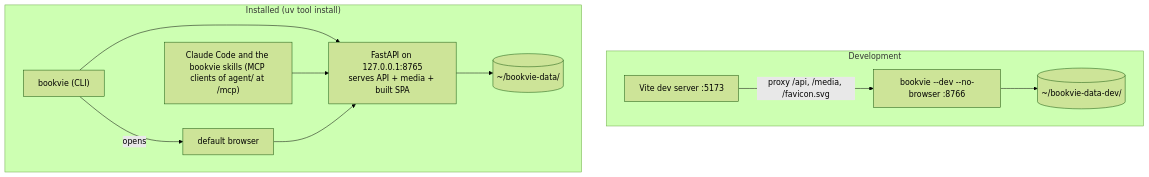
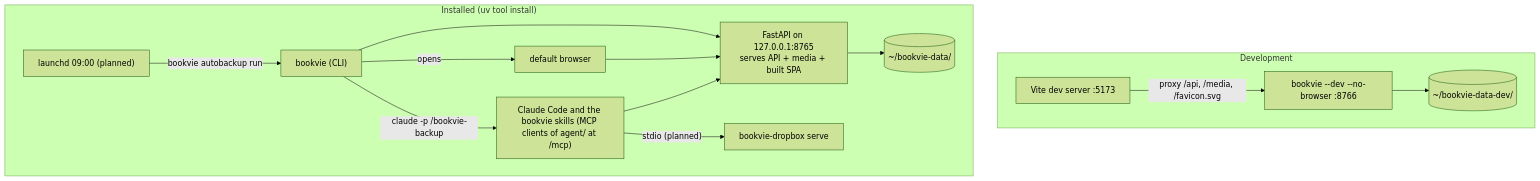
One commit to olegood/bookvie changed the second of 3 diagrams in _bmad-output/planning-artifacts/architecture/architecture-bookvie-2026-10-29/ARCHITECTURE-SPINE.md. Above: the diagram before and after it, drawn with Mermaid (forest theme). The commit also changed other lines of this file and 8 other files, not shown here.

First line of the commit message:
docs: add AD-22 Dropbox backup and agent restore to the spine

````diff
--- a/_bmad-output/planning-artifacts/architecture/architecture-bookvie-2026-10-29/ARCHITECTURE-SPINE.md
+++ b/_bmad-output/planning-artifacts/architecture/architecture-bookvie-2026-10-29/ARCHITECTURE-SPINE.md
@@ -380,14 +470,17 @@
 ```mermaid
 flowchart TB
   subgraph dev["Development"]
     V[Vite dev server :5173] -- "proxy /api, /media, /favicon.svg" --> U["bookvie --dev --no-browser :8766"]
     U --> DD[("~/bookvie-data-dev/")]
   end
   subgraph prod["Installed (uv tool install)"]
     C["bookvie (CLI)"] --> S["FastAPI on 127.0.0.1:8765<br/>serves API + media + built SPA"]
     C -- opens --> B[default browser]
     CC["Claude Code and the bookvie skills (MCP clients of agent/ at /mcp)"] --> S
+    CC -- "stdio (planned)" --> DX["bookvie-dropbox serve"]
+    L["launchd 09:00 (planned)"] -- "bookvie autobackup run" --> C
+    C -- "claude -p /bookvie-backup" --> CC
     B --> S
     S --> D[("~/bookvie-data/")]
   end
 ```
````
